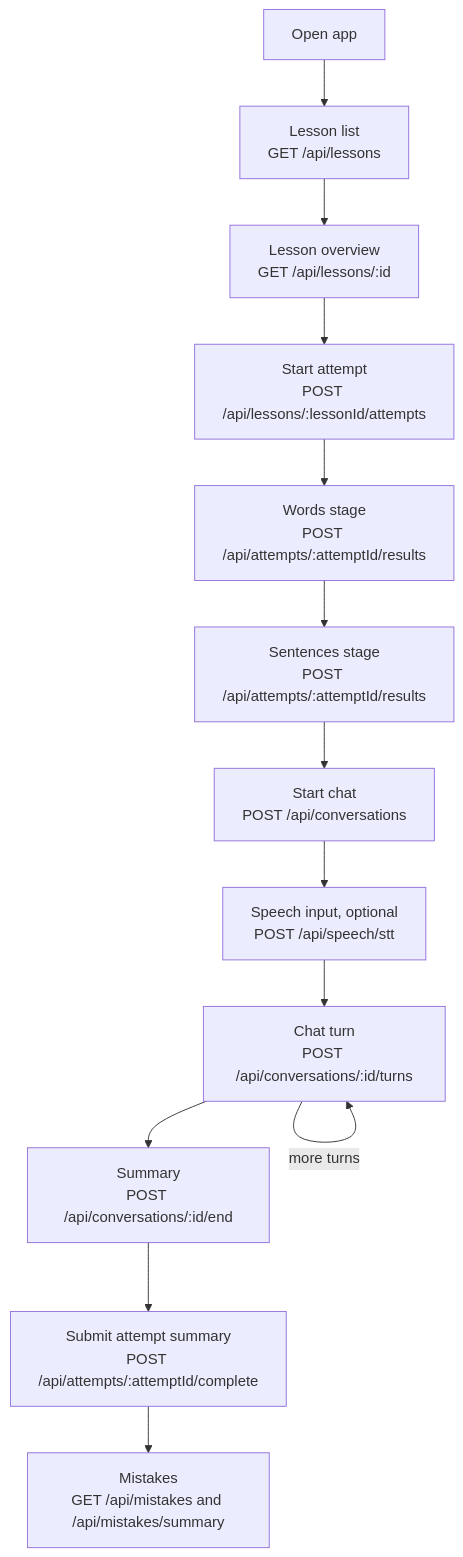
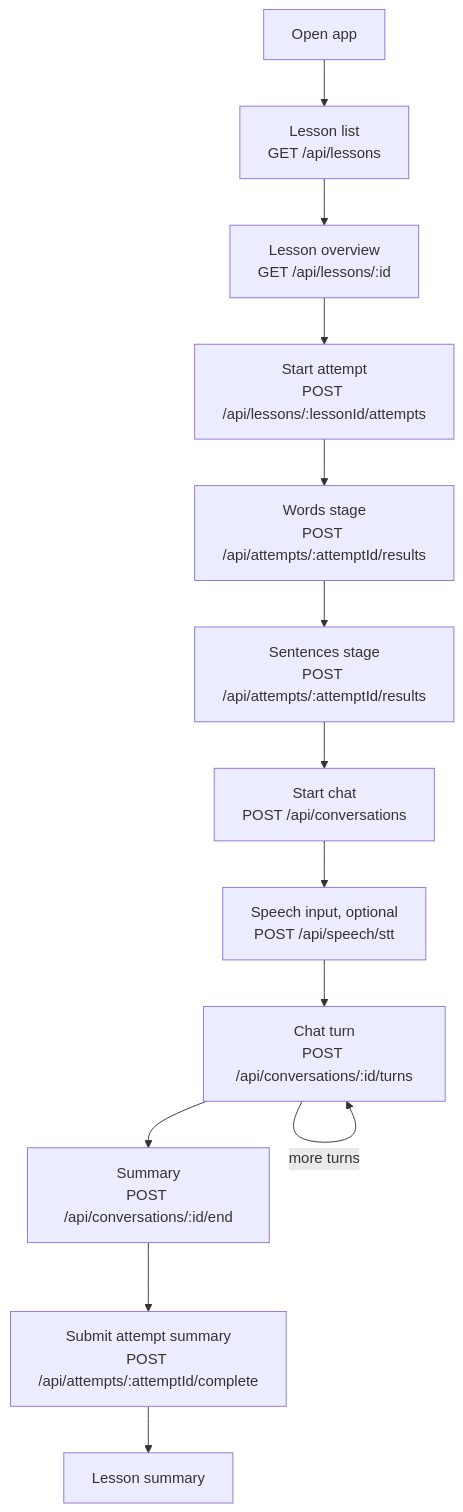
The diagram in docs/SYSTEM_OVERVIEW.md (adnanshakir/zubaan), drawn with Mermaid before and after one commit. The commit also changed other lines of this file and 15 other files, not shown here.

````diff
--- a/docs/SYSTEM_OVERVIEW.md
+++ b/docs/SYSTEM_OVERVIEW.md
@@ -24,15 +24,15 @@
 ```mermaid
 flowchart TD
     A[Open app] --> B[Lesson list<br/>GET /api/lessons]
     B --> C[Lesson overview<br/>GET /api/lessons/:id]
     C --> D[Start attempt<br/>POST /api/lessons/:lessonId/attempts]
     D --> E[Words stage<br/>POST /api/attempts/:attemptId/results]
     E --> F[Sentences stage<br/>POST /api/attempts/:attemptId/results]
     F --> G[Start chat<br/>POST /api/conversations]
     G --> H[Speech input, optional<br/>POST /api/speech/stt]
     H --> I[Chat turn<br/>POST /api/conversations/:id/turns]
     I -->|more turns| I
     I --> J[Summary<br/>POST /api/conversations/:id/end]
     J --> K[Submit attempt summary<br/>POST /api/attempts/:attemptId/complete]
-    K --> L[Mistakes<br/>GET /api/mistakes and /api/mistakes/summary]
+    K --> L[Lesson summary]
 ```
````
